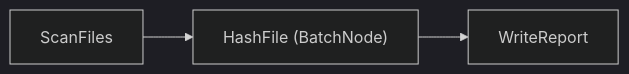
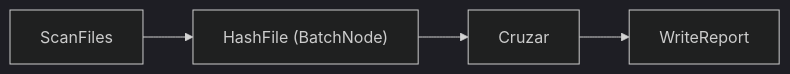
The eighth of 9 diagrams in docs/design.md (poladb-afk/deepseek-flow), drawn with Mermaid (dark theme) before and after one commit. The commit also changed other lines of this file and 1 other file, not shown here.

````diff
--- a/docs/design.md
+++ b/docs/design.md
@@ -580,4 +580,4 @@
 ```mermaid
 flowchart LR
-    s[ScanFiles] --> h["HashFile (BatchNode)"] --> w[WriteReport]
+    s[ScanFiles] --> h["HashFile (BatchNode)"] --> c[Cruzar] --> w[WriteReport]
 ```
````
